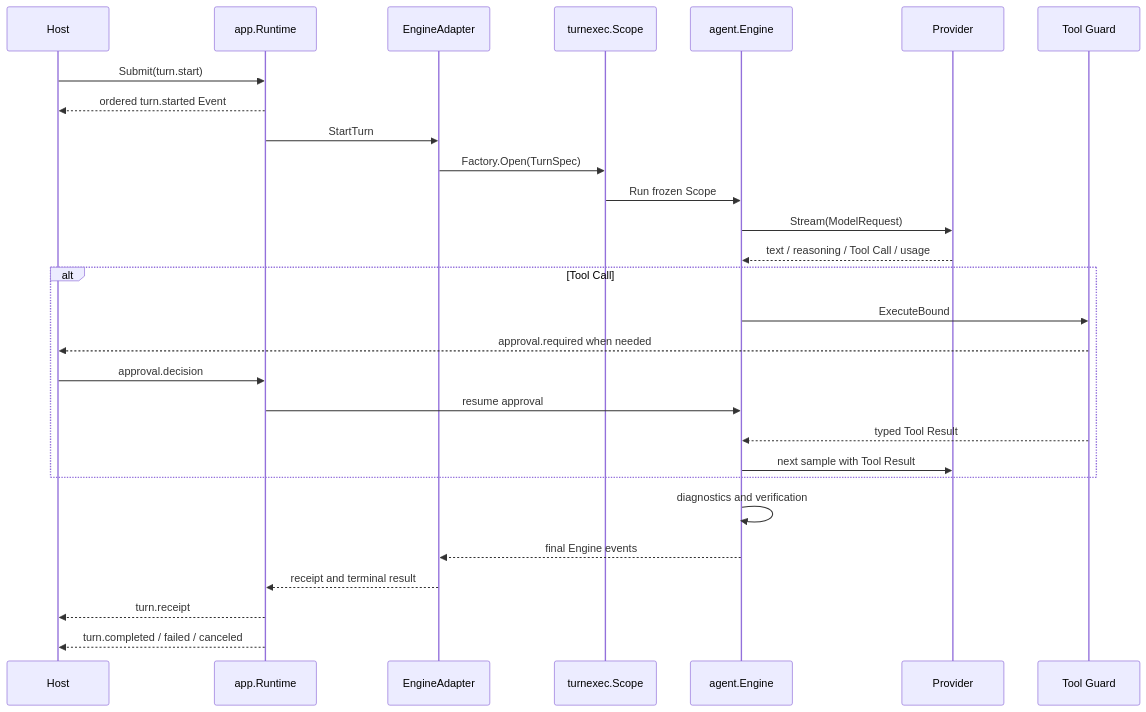
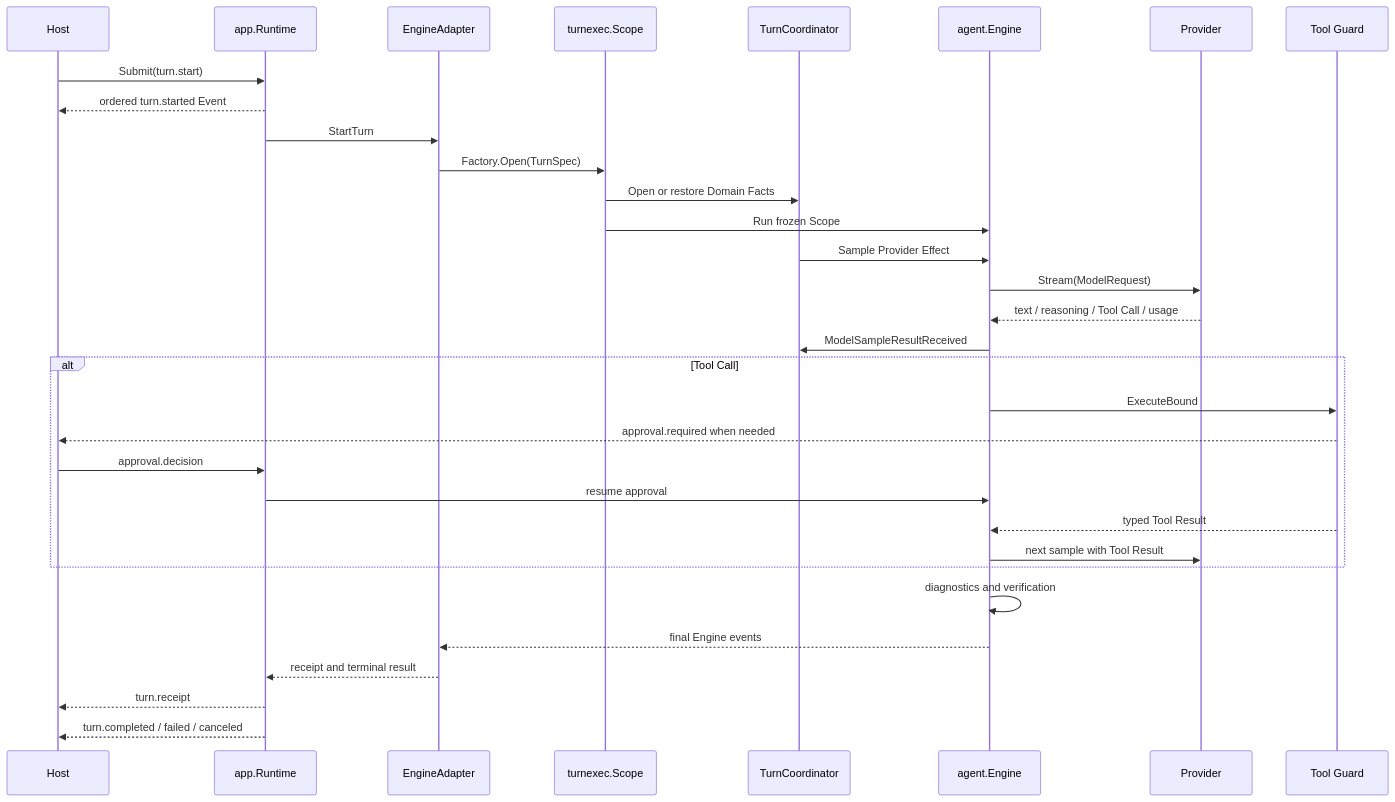
The diagram in docs/book/en/02-codehelper-overview/05-turn-lifecycle.md (fwtllh-png/CodeHelper), drawn with Mermaid before and after one commit. The commit also changed other lines of this file and 14 other files, not shown here.

````diff
--- a/docs/book/en/02-codehelper-overview/05-turn-lifecycle.md
+++ b/docs/book/en/02-codehelper-overview/05-turn-lifecycle.md
@@ -76,31 +81,35 @@
 ```mermaid
 sequenceDiagram
     participant H as Host
     participant R as app.Runtime
     participant A as EngineAdapter
     participant S as turnexec.Scope
+    participant K as TurnCoordinator
     participant E as agent.Engine
     participant M as Provider
     participant G as Tool Guard
 
     H->>R: Submit(turn.start)
     R-->>H: ordered turn.started Event
     R->>A: StartTurn
     A->>S: Factory.Open(TurnSpec)
+    S->>K: Open or restore Domain Facts
     S->>E: Run frozen Scope
+    K->>E: Sample Provider Effect
     E->>M: Stream(ModelRequest)
     M-->>E: text / reasoning / Tool Call / usage
+    E->>K: ModelSampleResultReceived
     alt Tool Call
         E->>G: ExecuteBound
         G-->>H: approval.required when needed
         H->>R: approval.decision
         R->>E: resume approval
         G-->>E: typed Tool Result
         E->>M: next sample with Tool Result
     end
     E->>E: diagnostics and verification
     E-->>A: final Engine events
     A-->>R: receipt and terminal result
     R-->>H: turn.receipt
     R-->>H: turn.completed / failed / canceled
 ```
````
